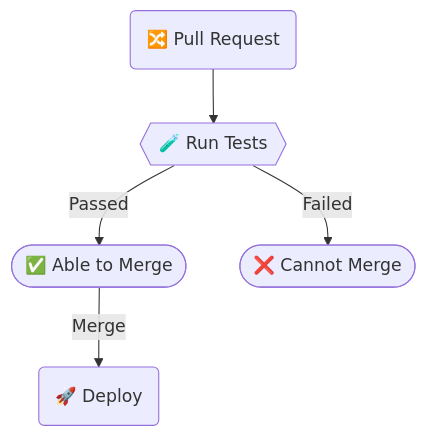
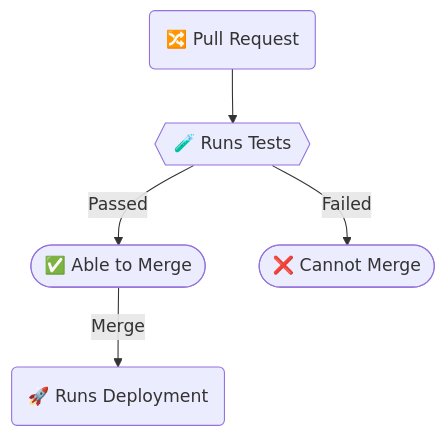
The second of 2 diagrams in README.md (LorenzoFerreyra/barbermanager), drawn with Mermaid before and after one commit. The commit also changed other lines of this file and 1 other file, not shown here.

````diff
--- a/README.md
+++ b/README.md
@@ -395,12 +343,12 @@
 ```mermaid
 flowchart TD
     PR(🔀 Pull Request)
-    Tests{{🧪 Run Tests}}
+    Tests{{🧪 Runs Tests}}
     Passed([✅ Able to Merge])
     Failed([❌ Cannot Merge])
-    Deployment(🚀 Deploy)
+    Deployment(🚀 Runs Deployment)
     PR --> Tests
     Tests -- Passed --> Passed
     Tests -- Failed --> Failed
     Passed -- Merge --> Deployment
 ```
````
